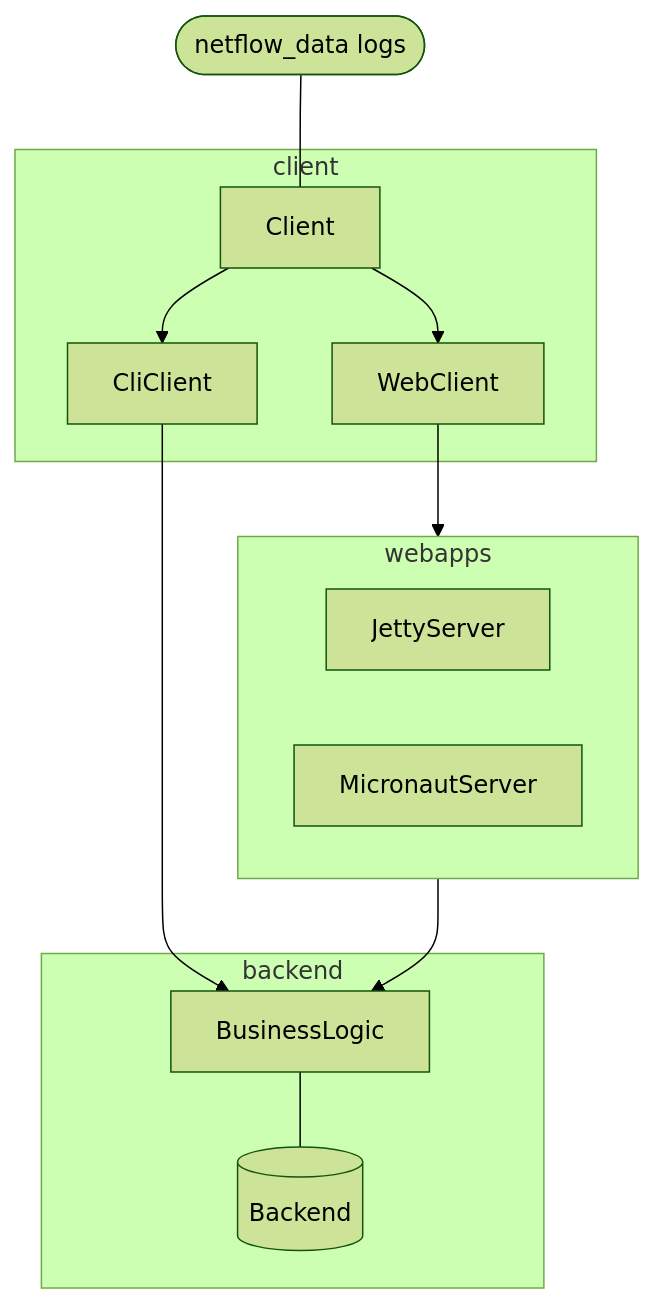
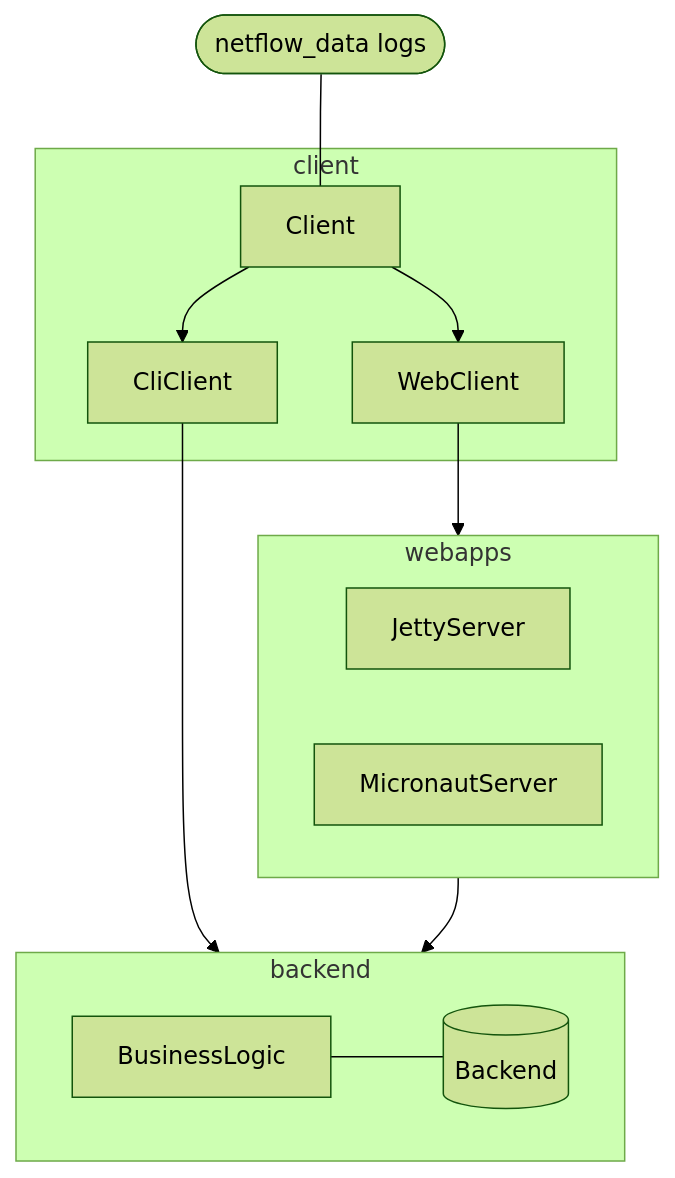
One commit to jaokim/inside-java-dumpster changed the first of 2 diagrams in readme.md. Above: the diagram before and after it, drawn with Mermaid (forest theme).

````diff
--- a/readme.md
+++ b/readme.md
@@ -14,18 +14,18 @@
 ```mermaid
 flowchart TD
   nf([netflow_data logs]) --- Client
   WebClient --> webapps
-  CliClient --> BusinessLogic
+  CliClient --> backend
   subgraph client
     Client --> WebClient
     Client --> CliClient
   end
   subgraph webapps
     JettyServer
     MicronautServer
   end
-  webapps --> BusinessLogic
+  webapps --> backend
   subgraph backend
     BusinessLogic --- bd[(Backend)]
   end
 ```
````
